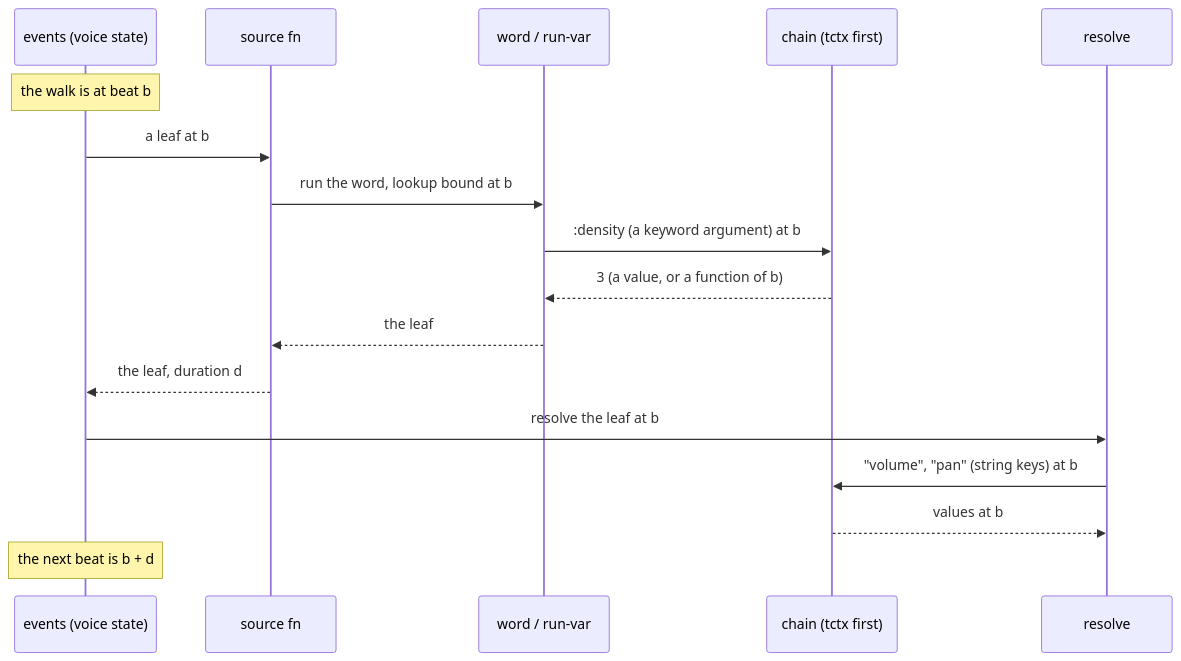
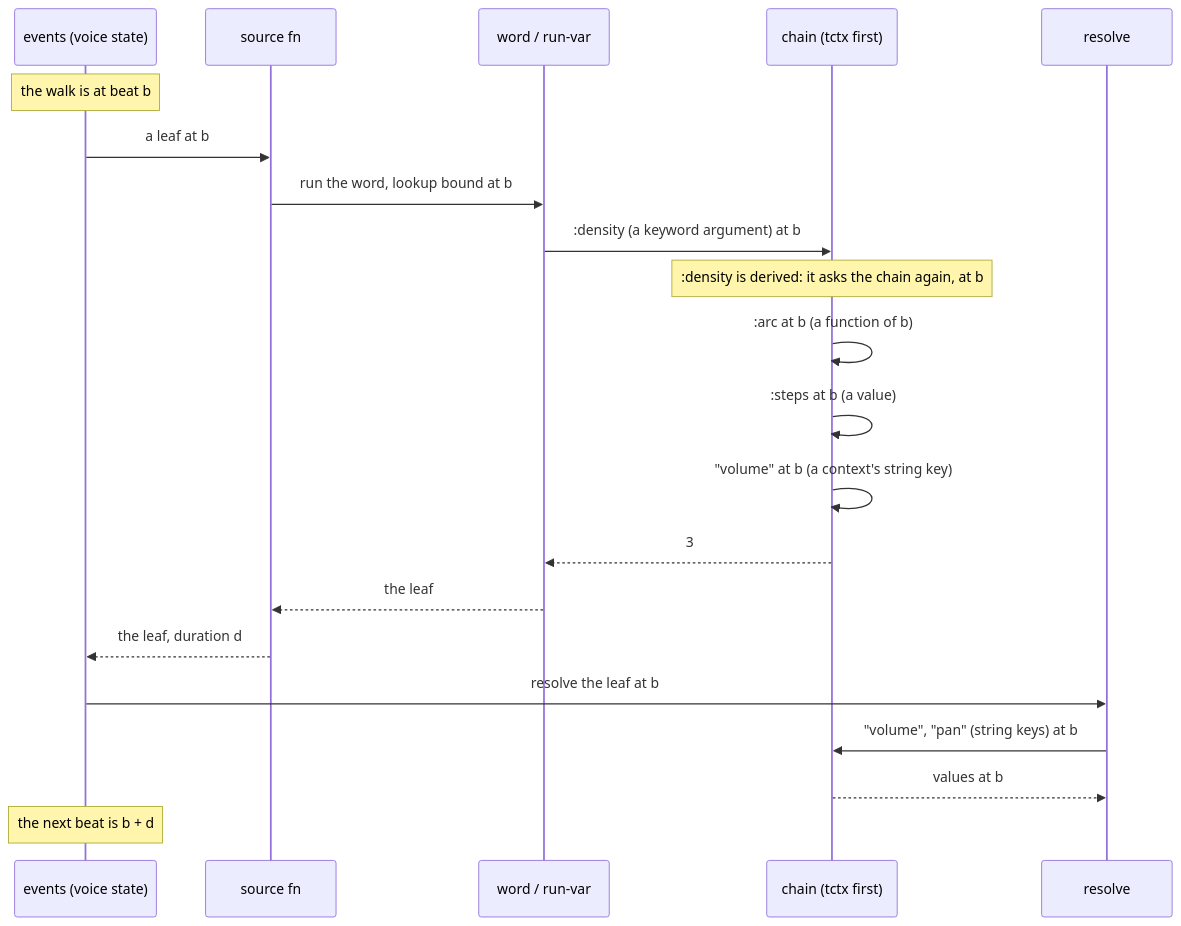
One commit to gebdevalk/musics changed the third of 3 diagrams in doc/md/pull-voice.md. Above: the diagram before and after it, drawn with Mermaid. The commit also changed other lines of this file and 1 other file, not shown here.

Commit message:
docs: a tctx lookup is recursive -- the nested lookups in the call diagram, and an 'inside one lookup' diagram

````diff
--- a/doc/md/pull-voice.md
+++ b/doc/md/pull-voice.md
@@ -64,20 +64,24 @@
 ```mermaid
 sequenceDiagram
   participant E as events (voice state)
   participant S as source fn
   participant W as word / run-var
   participant C as chain (tctx first)
   participant R as resolve
 
   Note over E: the walk is at beat b
   E->>S: a leaf at b
   S->>W: run the word, lookup bound at b
   W->>C: :density (a keyword argument) at b
-  C-->>W: 3 (a value, or a function of b)
+  Note over C: :density is derived: it asks the chain again, at b
+  C->>C: :arc at b (a function of b)
+  C->>C: :steps at b (a value)
+  C->>C: "volume" at b (a context's string key)
+  C-->>W: 3
   W-->>S: the leaf
   S-->>E: the leaf, duration d
   E->>R: resolve the leaf at b
   R->>C: "volume", "pan" (string keys) at b
   C-->>R: values at b
   Note over E: the next beat is b + d
 ```
````
